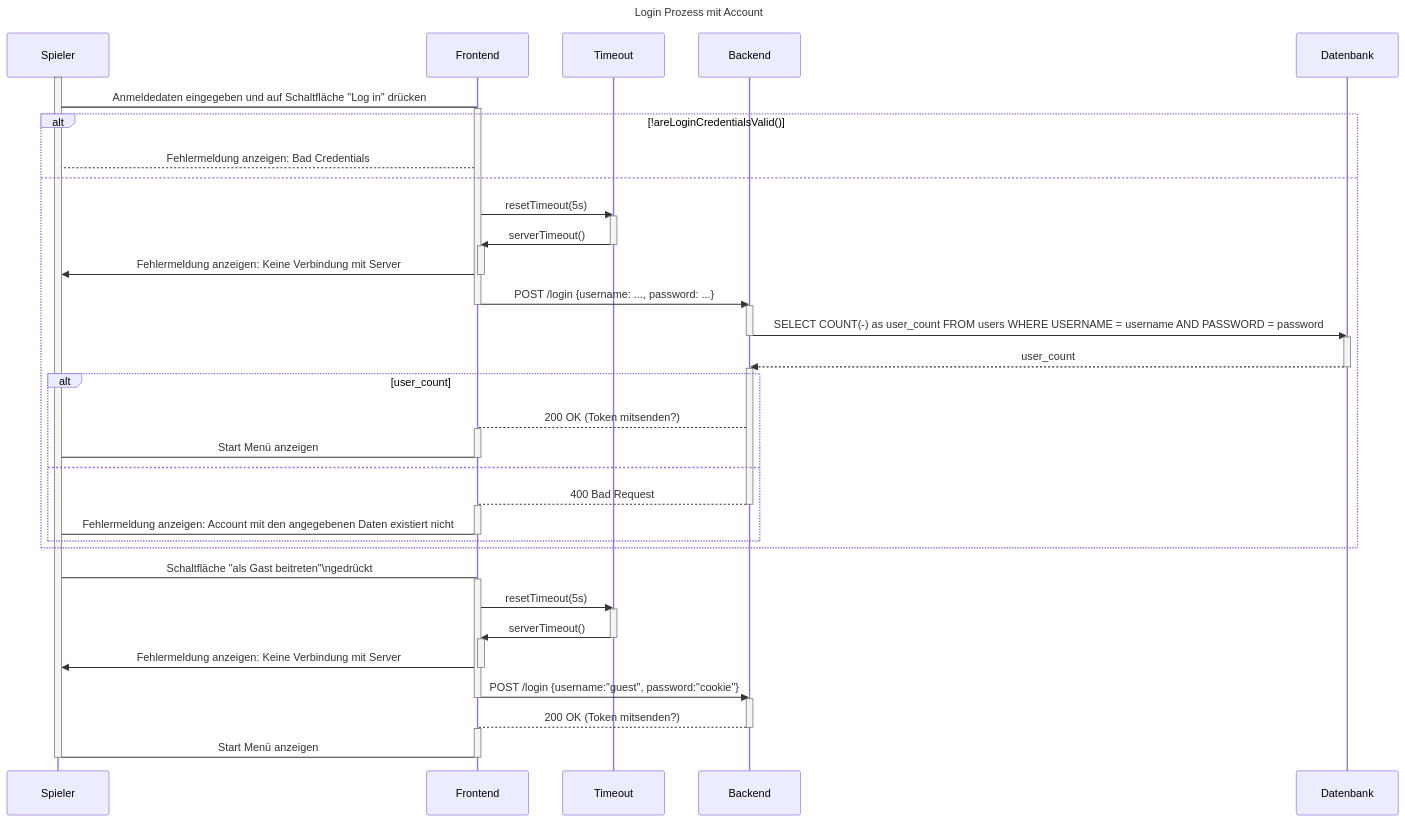
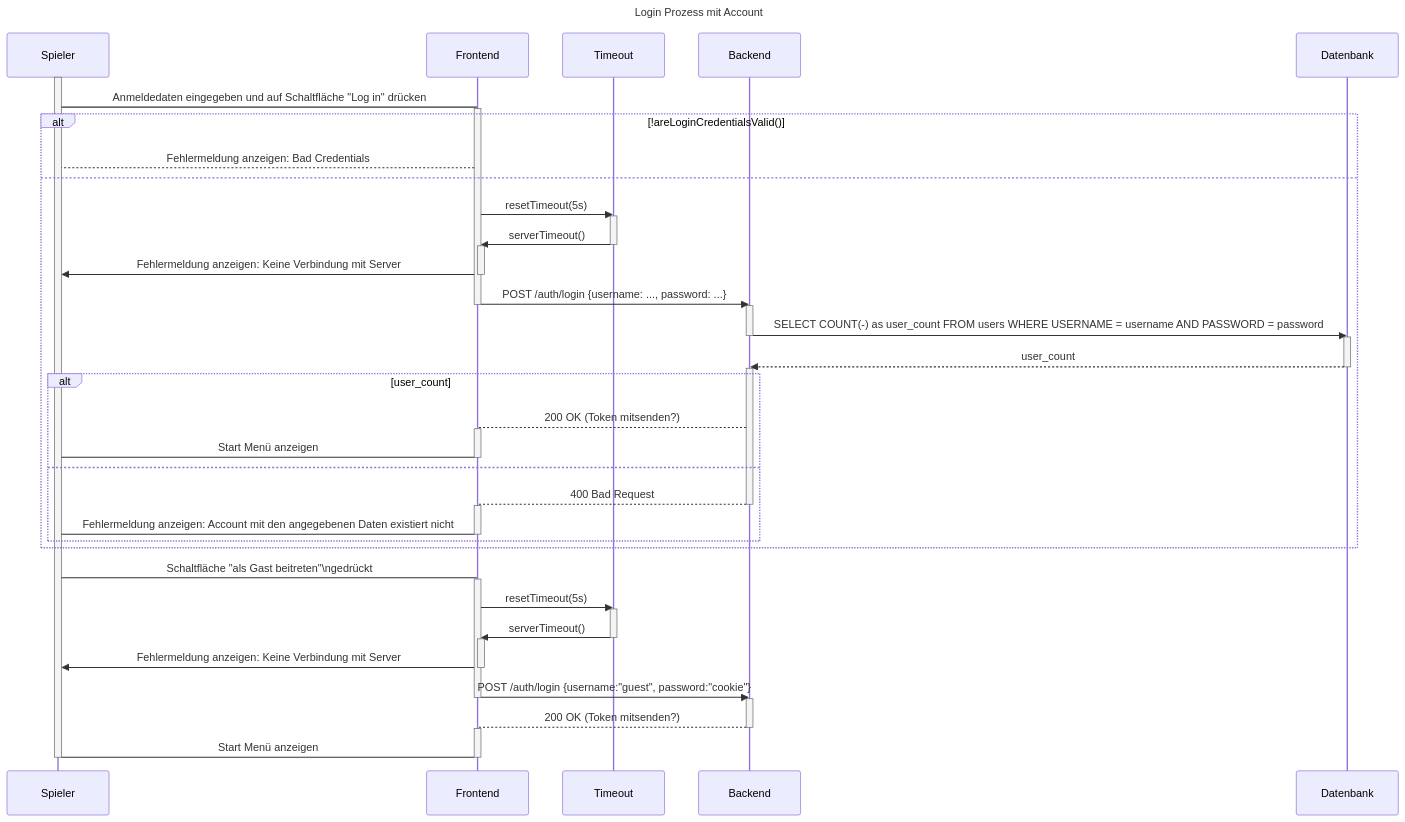
Before and after one commit to Hexfields-Studio/HexfieldsDominion-Artefacts: the diagram in srs/account_management/gast_login/gast_login.md, drawn with Mermaid. The commit also changed 5 other files, not shown here.

Commit message:
update seq-dgs according to class diagram

````diff
--- a/srs/account_management/gast_login/gast_login.md
+++ b/srs/account_management/gast_login/gast_login.md
@@ -34,71 +34,71 @@
 ```mermaid
 sequenceDiagram
 # Login Sequence Diagram
 
 title Login Prozess mit Account
 
 participant Spieler
 participant Frontend
 participant Timeout
 participant Backend
 participant Datenbank
 
 activate Spieler
 Spieler->Frontend:Anmeldedaten eingegeben und auf Schaltfläche "Log in" drücken
 activate Frontend
 alt !areLoginCredentialsValid()
 Frontend-->Spieler:Fehlermeldung anzeigen: Bad Credentials
 else 
 Frontend->>Timeout: resetTimeout(5s)
 activate Timeout
   Timeout->>Frontend: serverTimeout()
 deactivate Timeout
 activate Frontend
   Frontend->>Spieler: Fehlermeldung anzeigen: Keine Verbindung mit Server
 deactivate Frontend
 
-Frontend->>Backend:POST /login {username: ..., password: ...}
+Frontend->>Backend:POST /auth/login {username: ..., password: ...}
 deactivate Frontend
 activate Backend
   Backend->>Datenbank:SELECT COUNT(-) as user_count FROM users WHERE USERNAME = username AND PASSWORD = password;
 deactivate Backend
 activate Datenbank
 
 
 Datenbank-->>Backend:user_count
 deactivate Datenbank
 activate Backend
 alt user_count
 Backend-->Frontend:200 OK (Token mitsenden?)
 activate Frontend
   Frontend->Spieler:Start Menü anzeigen
 deactivate Frontend
 else
 Backend-->Frontend:400 Bad Request
 deactivate Backend
 activate Frontend
 Frontend->Spieler:Fehlermeldung anzeigen: Account mit den angegebenen Daten existiert nicht
 deactivate Frontend
 
 end
 end
 
 Spieler->Frontend:Schaltfläche "als Gast beitreten"\ngedrückt
 activate Frontend
   Frontend->>Timeout: resetTimeout(5s)
   activate Timeout
     Timeout->>Frontend: serverTimeout()
   deactivate Timeout
   activate Frontend
     Frontend->>Spieler: Fehlermeldung anzeigen: Keine Verbindung mit Server
   deactivate Frontend
-  Frontend->>Backend:POST /login {username:"guest", password:"cookie"}
+  Frontend->>Backend:POST /auth/login {username:"guest", password:"cookie"}
   deactivate Frontend
   activate Backend
     Backend-->Frontend: 200 OK (Token mitsenden?)
   deactivate Backend
   activate Frontend
   Frontend->Spieler: Start Menü anzeigen
   deactivate Frontend
 deactivate Spieler
 ```
````
